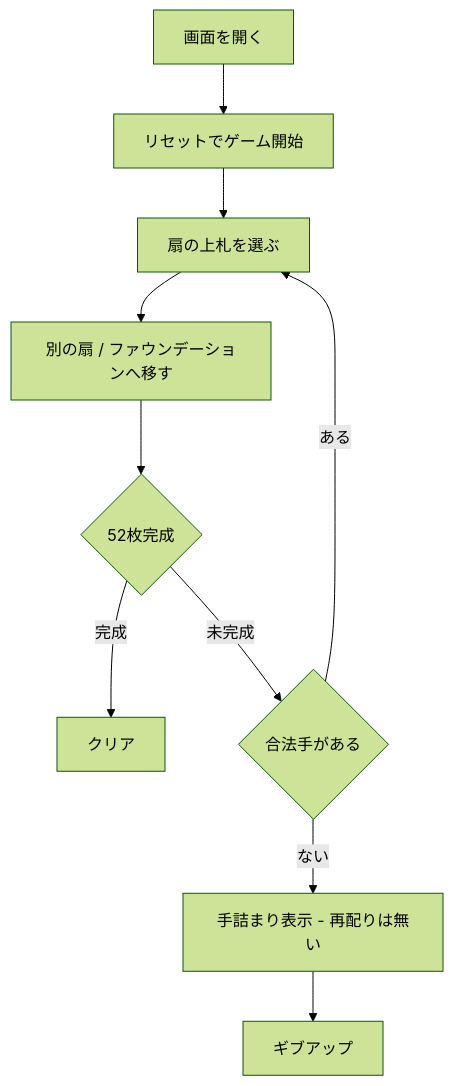
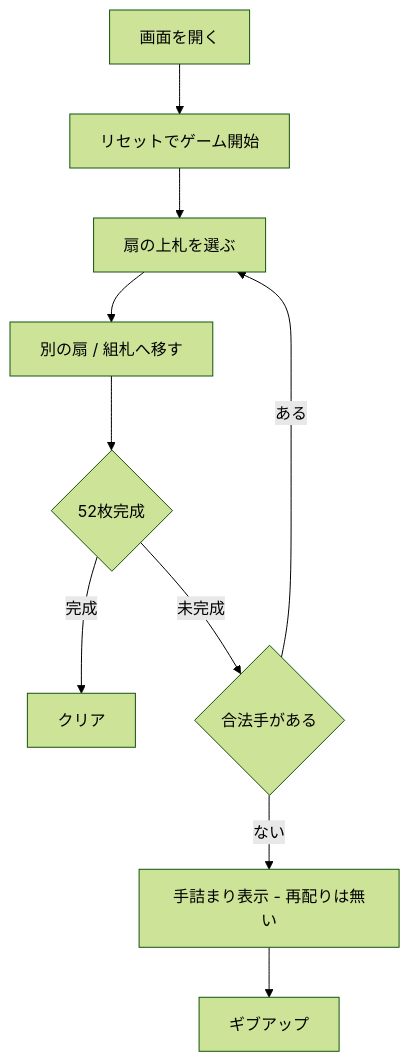
Before and after one commit to yuta-yoshinaga/go_trumpcards: the diagram in docs/manual/web/shamrocks.md, drawn with Mermaid (forest theme). The commit also changed other lines of this file and 60 other files, not shown here.

````diff
--- a/docs/manual/web/shamrocks.md
+++ b/docs/manual/web/shamrocks.md
@@ -28,12 +28,12 @@
 ```mermaid
 flowchart TD
     A[画面を開く] --> B[リセットでゲーム開始]
     B --> C[扇の上札を選ぶ]
-    C --> D[別の扇 / ファウンデーションへ移す]
+    C --> D[別の扇 / 組札へ移す]
     D --> E{52枚完成}
     E -->|完成| F[クリア]
     E -->|未完成| G{合法手がある}
     G -->|ある| C
     G -->|ない| H[手詰まり表示 - 再配りは無い]
     H --> I[ギブアップ]
 ```
````
